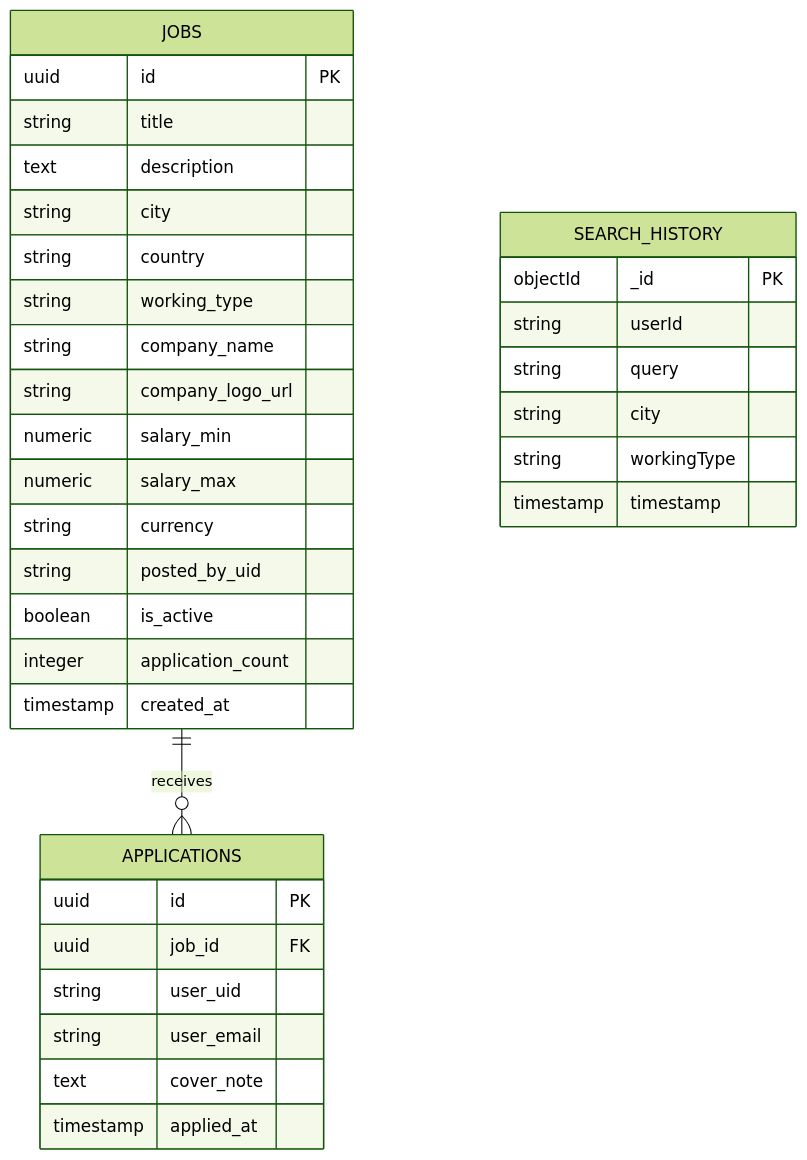
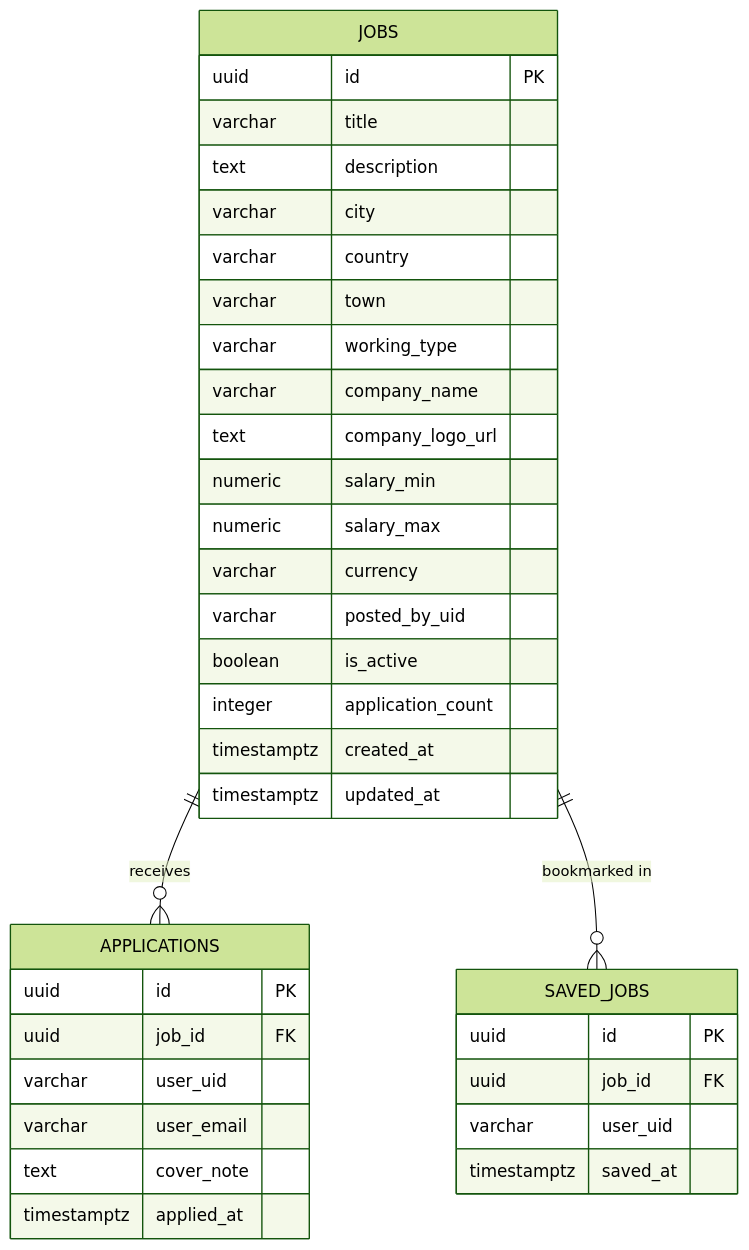
One commit to turkbeyza/beworkready changed the diagram in README.md. Above: the diagram before and after it, drawn with Mermaid (forest theme). The commit also changed other lines of this file, not shown here.

````diff
--- a/README.md
+++ b/README.md
@@ -105,38 +139,41 @@
 ```mermaid
 erDiagram
     JOBS {
-        uuid id PK
-        string title
-        text description
-        string city
-        string country
-        string working_type
-        string company_name
-        string company_logo_url
-        numeric salary_min
-        numeric salary_max
-        string currency
-        string posted_by_uid
-        boolean is_active
-        integer application_count
-        timestamp created_at
-    }
-    APPLICATIONS {
-        uuid id PK
-        uuid job_id FK
-        string user_uid
-        string user_email
-        text cover_note
-        timestamp applied_at
-    }
-    SEARCH_HISTORY {
-        objectId _id PK
-        string userId
-        string query
-        string city
-        string workingType
-        timestamp timestamp
+        uuid        id               PK
+        varchar     title
+        text        description
+        varchar     city
+        varchar     country
+        varchar     town
+        varchar     working_type
+        varchar     company_name
+        text        company_logo_url
+        numeric     salary_min
+        numeric     salary_max
+        varchar     currency
+        varchar     posted_by_uid
+        boolean     is_active
+        integer     application_count
+        timestamptz created_at
+        timestamptz updated_at
     }
 
-    JOBS ||--o{ APPLICATIONS : receives
+    APPLICATIONS {
+        uuid        id         PK
+        uuid        job_id     FK
+        varchar     user_uid
+        varchar     user_email
+        text        cover_note
+        timestamptz applied_at
+    }
+
+    SAVED_JOBS {
+        uuid        id       PK
+        uuid        job_id   FK
+        varchar     user_uid
+        timestamptz saved_at
+    }
+
+    JOBS ||--o{ APPLICATIONS : "receives"
+    JOBS ||--o{ SAVED_JOBS   : "bookmarked in"
 ```
````
